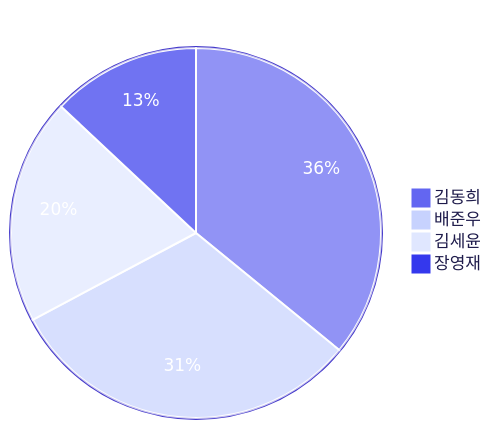
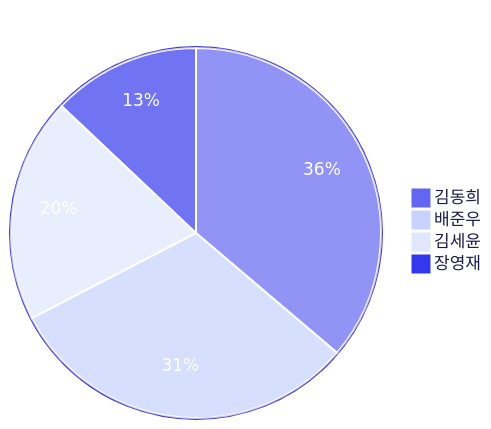
Before and after one commit to 3rd-project-team-1/ALYAC-market-team1: the third of 4 diagrams in README.md, drawn with Mermaid. The commit also changed other lines of this file, not shown here.

Commit message:
docs: 커밋 활동 차트 자동 업데이트 [skip ci]

````diff
--- a/README.md
+++ b/README.md
@@ -430,17 +430,17 @@
 ```mermaid
 %%{init: { 'theme': 'base', 'themeVariables': {
   'primaryColor': '#6366f1',
   'primaryTextColor': '#ffffff',
   'primaryBorderColor': '#4338ca',
   'secondaryColor': '#c7d2fe',
   'tertiaryColor': '#e0e7ff',
   'pieLegendTextColor': '#1e1b4b',
   'pieStrokeColor': '#ffffff',
   'pieOuterStrokeColor': '#4338ca'
 } } }%%
 pie title 기여자별 커밋 수
-  "김동희" : 149
+  "김동희" : 151
   "배준우" : 130
   "김세윤" : 82
   "장영재" : 54
 ```
````
